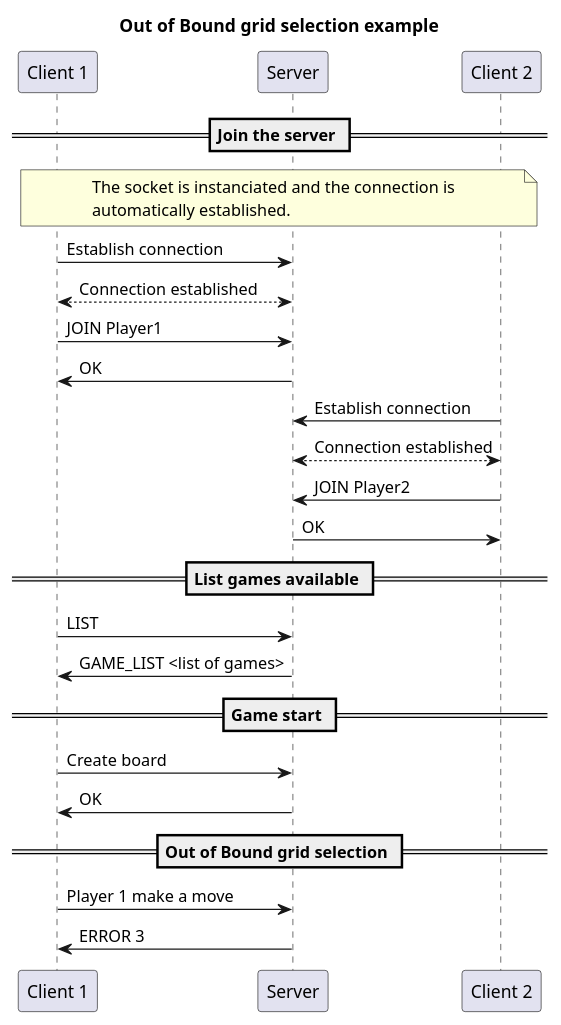
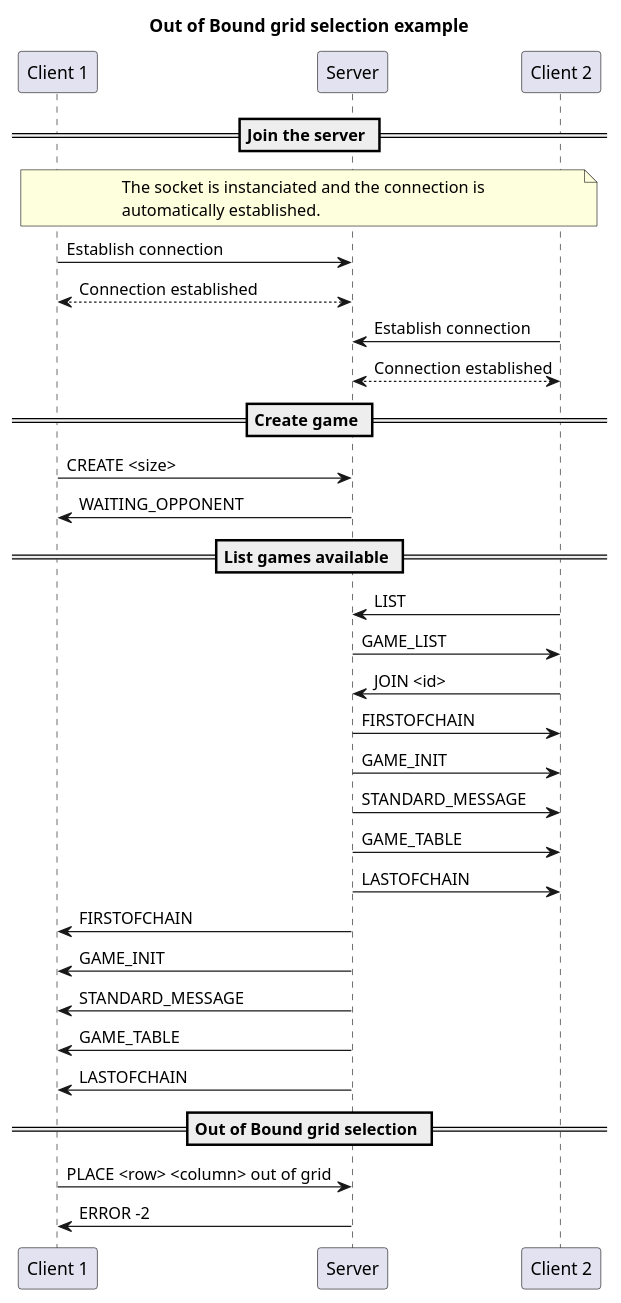
The diagram in doc/diagrams/out_of_bound_error_example.puml (AlexB-HEIG/DAI-Practical-work-2), drawn with PlantUML before and after one commit. The commit also changed 30 other files, not shown here.

Commit message:
rewrite message section and recreation of diagrams

```diff
--- a/doc/diagrams/out_of_bound_error_example.puml
+++ b/doc/diagrams/out_of_bound_error_example.puml
@@ -1,43 +1,52 @@
 @startuml
 
 title "Out of Bound grid selection example"
 
 participant "Client 1" as c1
 participant "Server" as s
 participant "Client 2" as c2
 
 == Join the server ==
 
 note over c1, c2
 The socket is instanciated and the connection is
 automatically established.
 end note
 
 c1->s : Establish connection
 c1<-->s : Connection established
 
-c1->s: JOIN Player1
-s->c1: OK
-
 c2->s : Establish connection
 c2<-->s : Connection established
 
-c2->s: JOIN Player2
-s->c2: OK
+
+== Create game ==
+
+c1->s: CREATE <size>
+s->c1: WAITING_OPPONENT
 
 == List games available ==
 
-c1->s: LIST
-s->c1: GAME_LIST <list of games>
+c2->s: LIST
+s->c2: GAME_LIST
 
-== Game start ==
+c2->s: JOIN <id>
 
-c1->s : Create board
-s->c1: OK
+s->c2: FIRSTOFCHAIN
+s->c2: GAME_INIT
+s->c2: STANDARD_MESSAGE
+s->c2: GAME_TABLE
+s->c2: LASTOFCHAIN
+
+s->c1: FIRSTOFCHAIN
+s->c1: GAME_INIT
+s->c1: STANDARD_MESSAGE
+s->c1: GAME_TABLE
+s->c1: LASTOFCHAIN
 
 == Out of Bound grid selection ==
-c1->s: Player 1 make a move
-s->c1: ERROR 3
+c1->s: PLACE <row> <column> out of grid
+s->c1: ERROR -2
 
 
 @enduml
```
